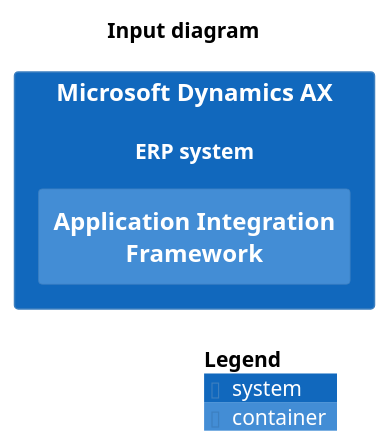
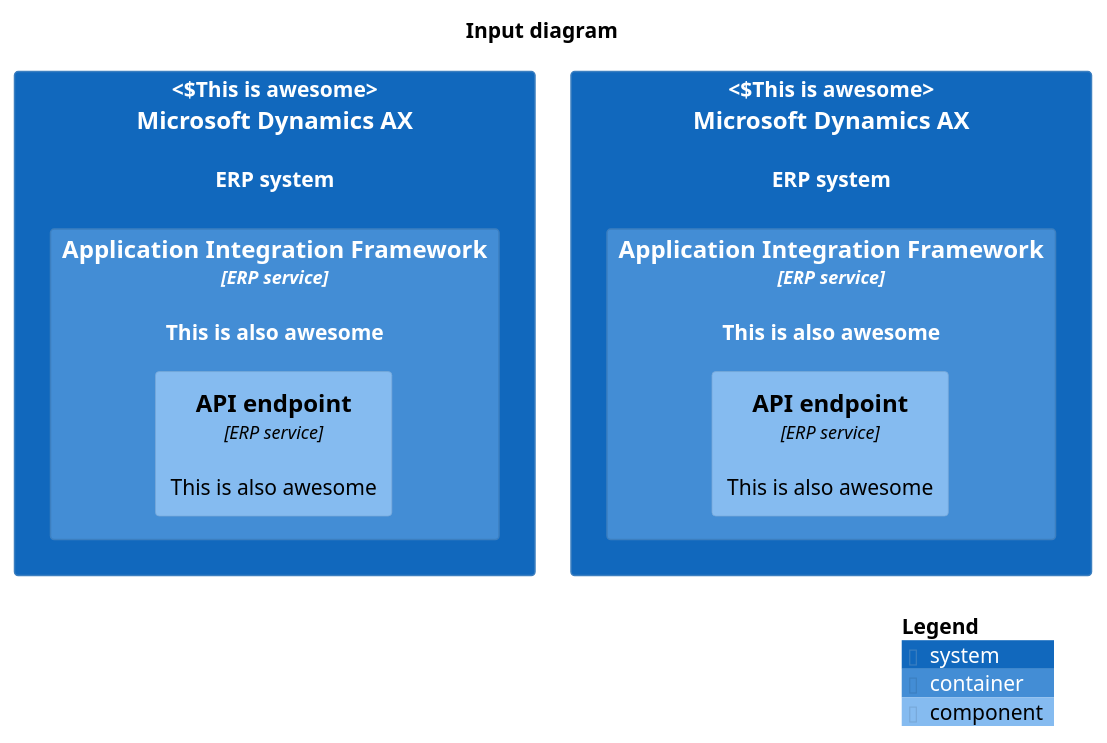
One commit to localgod/catalyst changed the diagram in diagram.puml. Above: the diagram before and after it, drawn with PlantUML. The commit also changed 8 other files, not shown here.

```diff
--- a/diagram.puml
+++ b/diagram.puml
@@ -1,13 +1,20 @@
 @startuml ERP Integration Overview
 !includeurl https://raw.githubusercontent.com/plantuml-stdlib/C4-PlantUML/master/C4_Component.puml
 !include https://raw.githubusercontent.com/plantuml-stdlib/C4-PlantUML/master/C4_Component.puml
 
 scale 1.0
 title Input diagram
-System(AX, "Microsoft Dynamics AX", "ERP system") {
-    Container(AIF, "Application Integration Framework", "", "", $tags=tytter)
+System(AX, "Microsoft Dynamics AX", "ERP system", "This is awesome") {
+    Container(AIF, "Application Integration Framework", "ERP service", "This is also awesome", $tags=tytter) {
+        Component(END, "API endpoint", "ERP service", "This is also awesome", $tags=tytter)
+    }
+}
+System(AX2, "Microsoft Dynamics AX", "ERP system", "This is awesome") {
+    Container(AIF2, "Application Integration Framework", "ERP service", "This is also awesome", $tags=tytter) {
+        Component(END2, "API endpoint", "ERP service", "This is also awesome", $tags=tytter)
+    }
 }
 
 LAYOUT_TOP_DOWN()
 SHOW_LEGEND()
 @enduml
```
